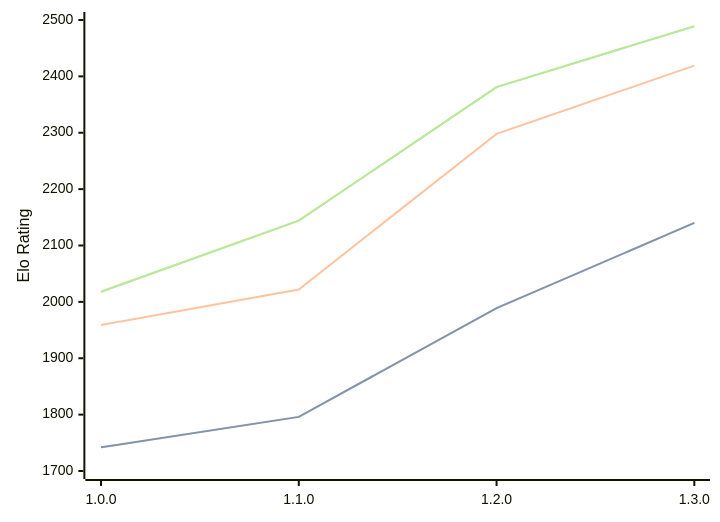
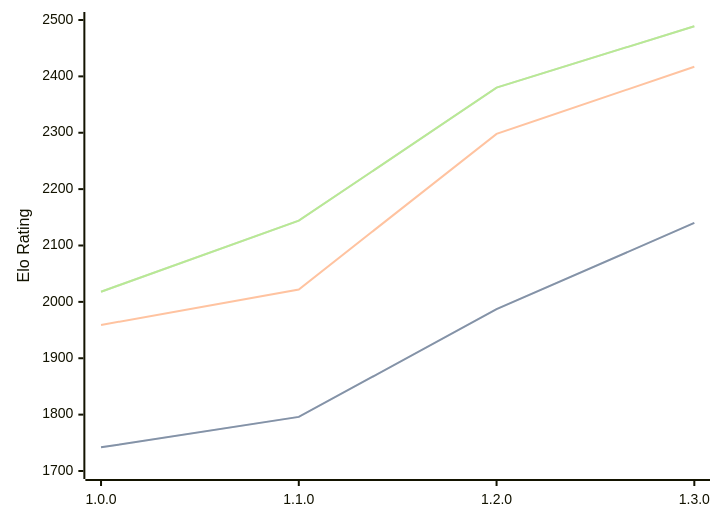
One commit to computer-chess-index/cci changed the diagram in engines/Anodos.md. Above: the diagram before and after it, drawn with Mermaid. The commit also changed other lines of this file, not shown here.

Commit message:
Update CCI Ratings (ELO VLTC) - 2026-06-10

````diff
--- a/engines/Anodos.md
+++ b/engines/Anodos.md
@@ -45,11 +45,11 @@
 ```mermaid
 %%{init: {"theme":"base","themeVariables":{"seriesColors:['#a3a3a3','#222221','#faa371']}}}%%
 xychart-beta
   x-axis ["1.0.0", "1.1.0", "1.2.0", "1.3.0"]
   y-axis "Elo Rating" 1700 --> 2500
-  line "STC (8.0+0.08s)" [1742, 1796, 1989, 2140]
-  line "STC (8.0+0.08s)" [1742, 1796, 1989, 2140]
-  line "LTC (60.0+0.60s)" [1959, 2022, 2298, 2419]
-  line "VLTC (2m24s+1.12s)" [2018, 2144, 2381, 2489]
-  line "VLTC (2m24s+1.12s)" [2018, 2144, 2381, 2489]
+  line "STC (8.0+0.08s)" [1742, 1796, 1987, 2140]
+  line "STC (8.0+0.08s)" [1742, 1796, 1987, 2140]
+  line "LTC (60.0+0.60s)" [1959, 2022, 2298, 2417]
+  line "VLTC (2m24s+1.12s)" [2018, 2144, 2380, 2489]
+  line "VLTC (2m24s+1.12s)" [2018, 2144, 2380, 2489]
 ```
````
